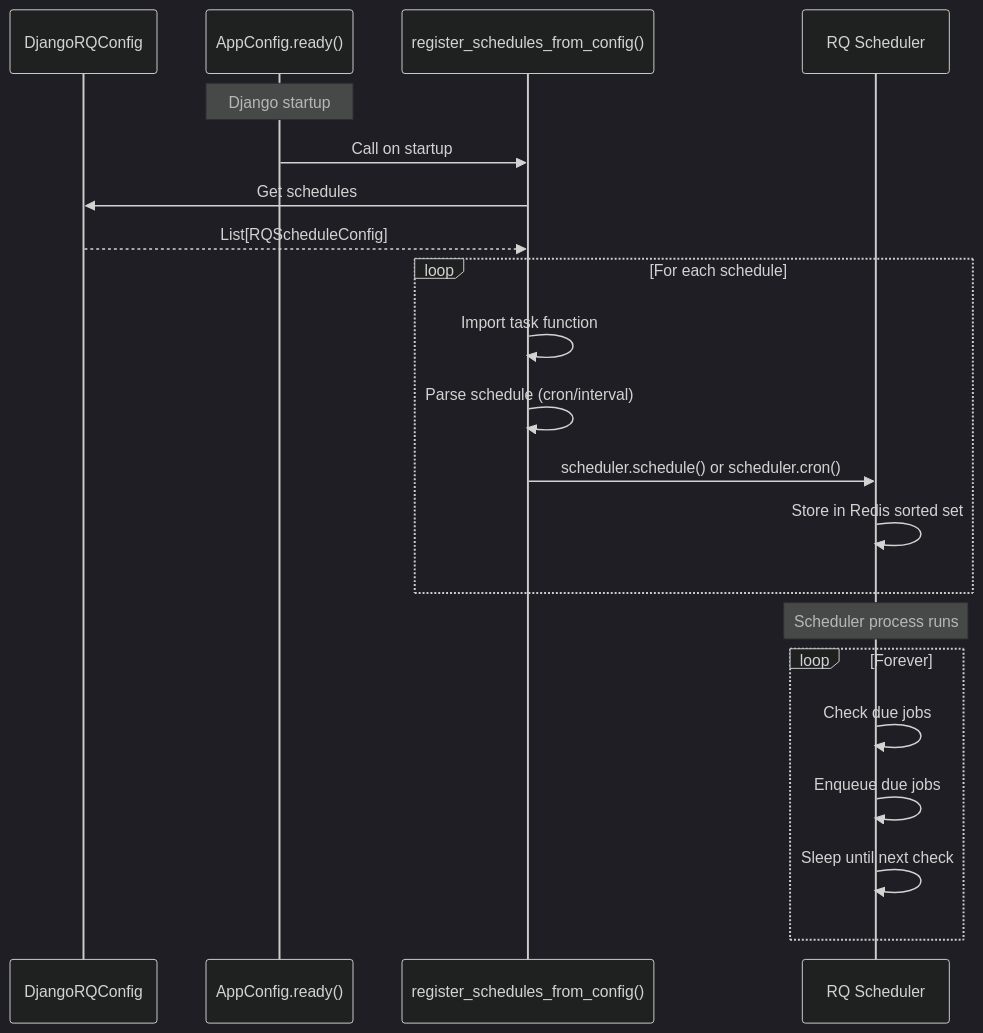
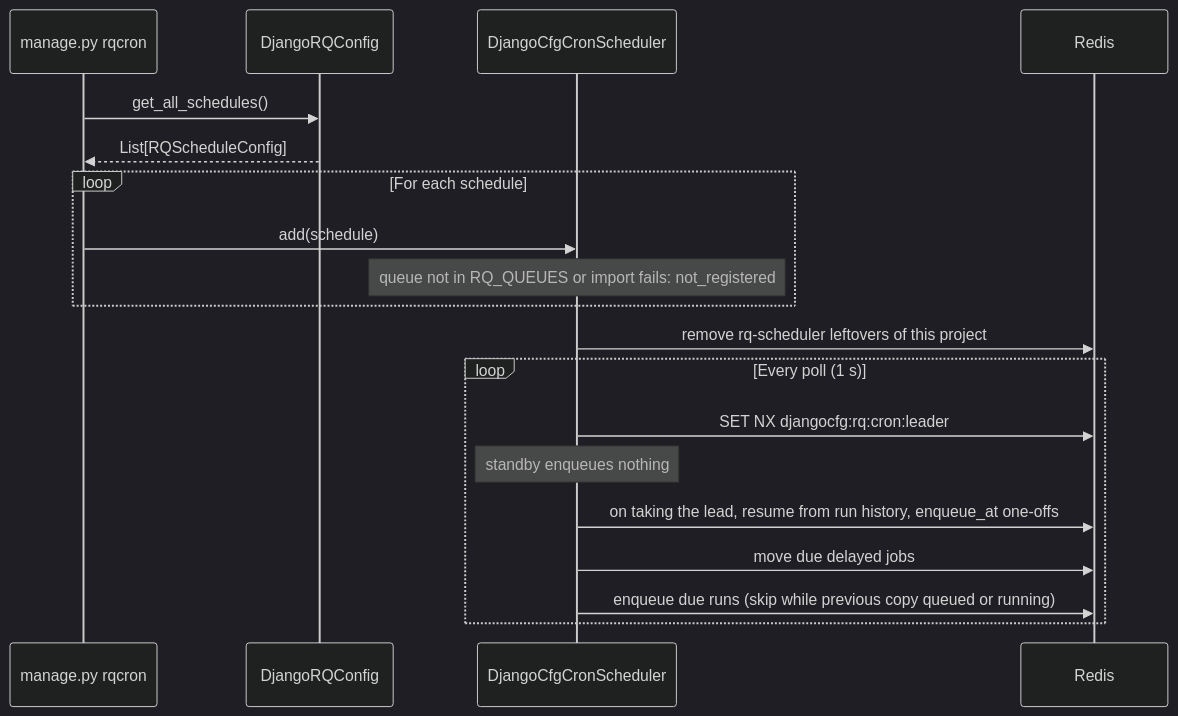
One commit to markolofsen/django-cfg changed the seventh of 18 diagrams in docs/features/modules/django-rq/architecture.mdx. Above: the diagram before and after it, drawn with Mermaid (dark theme). The commit also changed other lines of this file and 288 other files, not shown here.

````diff
--- a/docs/features/modules/django-rq/architecture.mdx
+++ b/docs/features/modules/django-rq/architecture.mdx
@@ -291,26 +295,22 @@
 ```mermaid
 sequenceDiagram
+    participant Cmd as manage.py rqcron
     participant Config as DjangoRQConfig
-    participant AppReady as AppConfig.ready()
-    participant Helper as register_schedules_from_config()
-    participant Scheduler as RQ Scheduler
+    participant Scheduler as DjangoCfgCronScheduler
+    participant Redis as Redis
 
-    Note over AppReady: Django startup
-    AppReady->>Helper: Call on startup
-    Helper->>Config: Get schedules
-    Config-->>Helper: List[RQScheduleConfig]
-
+    Cmd->>Config: get_all_schedules()
+    Config-->>Cmd: List[RQScheduleConfig]
     loop For each schedule
-        Helper->>Helper: Import task function
-        Helper->>Helper: Parse schedule (cron/interval)
-        Helper->>Scheduler: scheduler.schedule() or scheduler.cron()
-        Scheduler->>Scheduler: Store in Redis sorted set
+        Cmd->>Scheduler: add(schedule)
+        Note over Scheduler: queue not in RQ_QUEUES or import fails: not_registered
     end
-
-    Note over Scheduler: Scheduler process runs
-    loop Forever
-        Scheduler->>Scheduler: Check due jobs
-        Scheduler->>Scheduler: Enqueue due jobs
-        Scheduler->>Scheduler: Sleep until next check
+    Scheduler->>Redis: remove rq-scheduler leftovers of this project
+    loop Every poll (1 s)
+        Scheduler->>Redis: SET NX djangocfg:rq:cron:leader
+        Note over Scheduler: standby enqueues nothing
+        Scheduler->>Redis: on taking the lead, resume from run history, enqueue_at one-offs
+        Scheduler->>Redis: move due delayed jobs
+        Scheduler->>Redis: enqueue due runs (skip while previous copy queued or running)
     end
 ```
````
